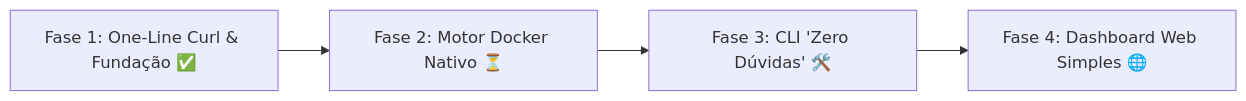
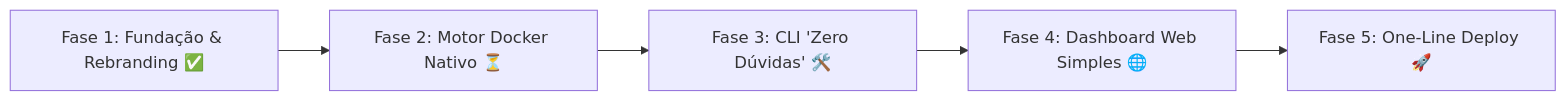
The diagram in README.md (heitorsecurity/dopinio), drawn with Mermaid before and after one commit. The commit also changed other lines of this file and 6 other files, not shown here.

Commit message:
feat: complete Phase 2 (Docker engine API), Phase 3 (Docker CLI), Phase 4 (Web Dashboard) and Phase 5 (One-line Curl installer)

````diff
--- a/README.md
+++ b/README.md
@@ -86,6 +79,7 @@
 ```mermaid
 flowchart LR
-    Fase1["Fase 1: One-Line Curl & Fundação ✅"] --> Fase2["Fase 2: Motor Docker Nativo ⏳"]
+    Fase1["Fase 1: Fundação & Rebranding ✅"] --> Fase2["Fase 2: Motor Docker Nativo ⏳"]
     Fase2 --> Fase3["Fase 3: CLI 'Zero Dúvidas' 🛠️"]
     Fase3 --> Fase4["Fase 4: Dashboard Web Simples 🌐"]
+    Fase4 --> Fase5["Fase 5: One-Line Deploy 🚀"]
 ```
````
